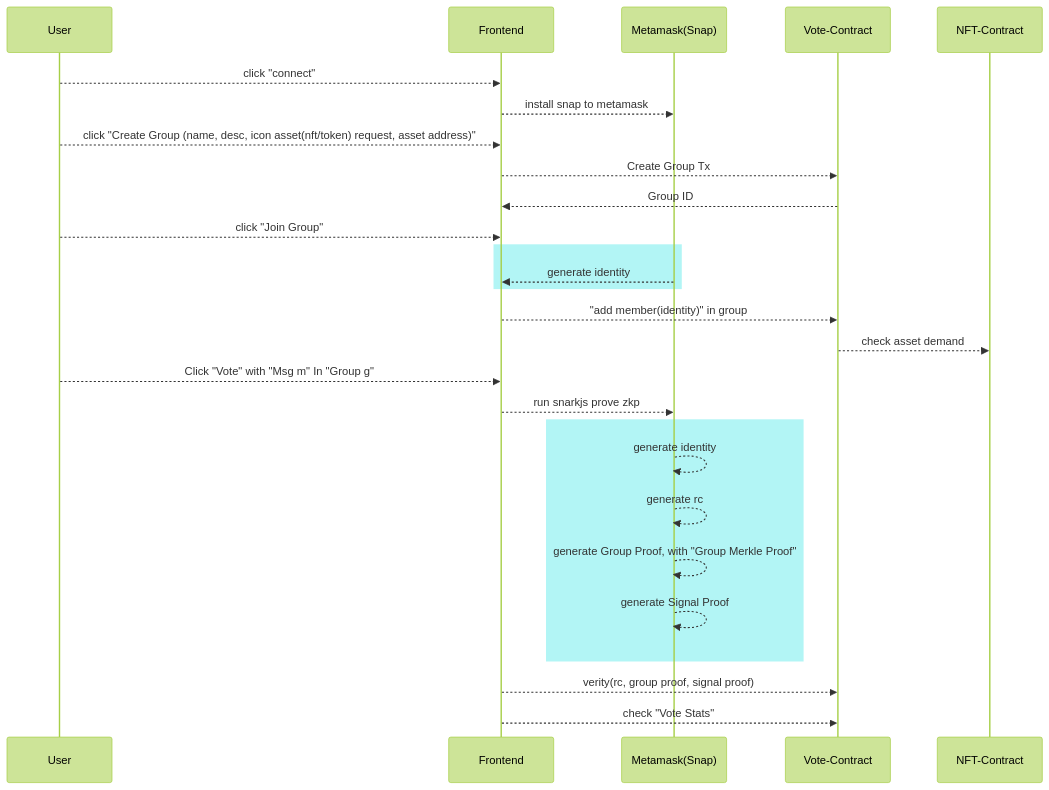
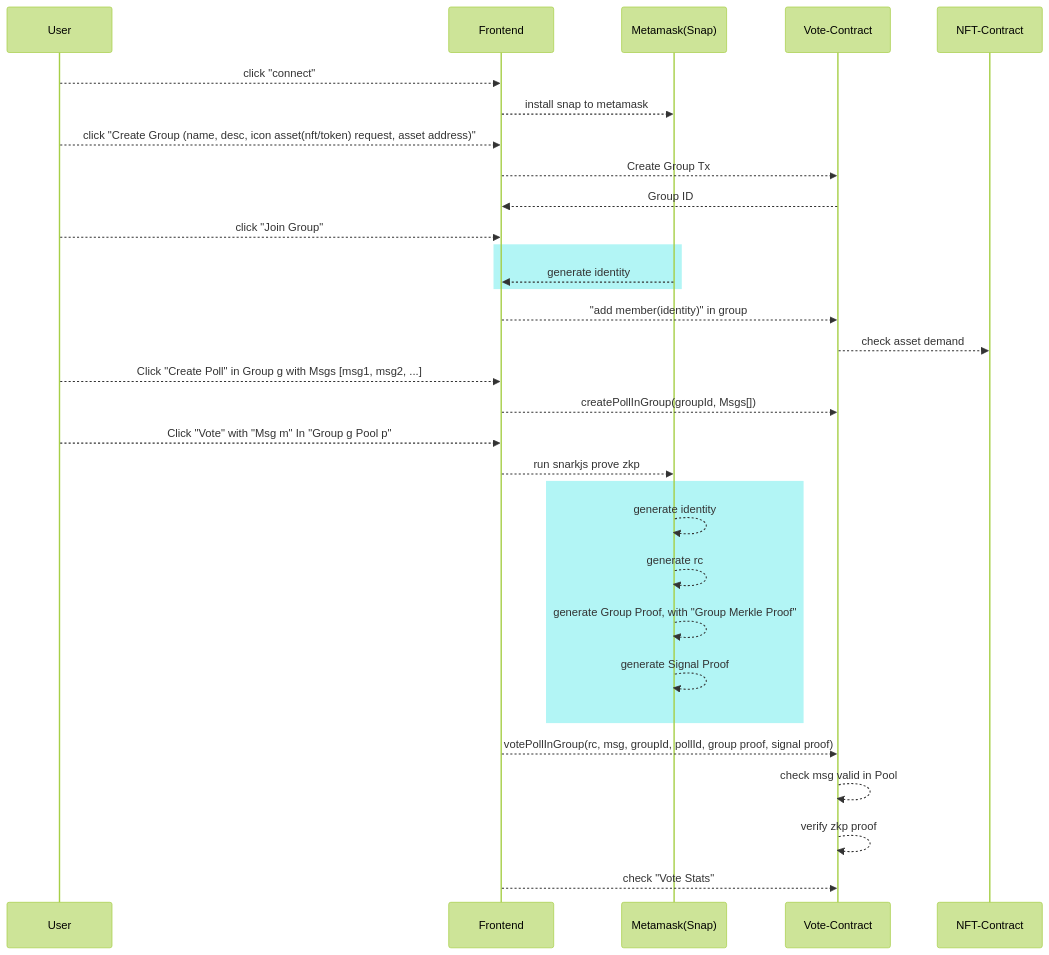
The diagram in README.md (samzkback/zkVote-web), drawn with Mermaid (forest theme) before and after one commit.

Commit message:
update WORKFLOW

````diff
--- a/README.md
+++ b/README.md
@@ -3,34 +3,39 @@
 ```mermaid
 sequenceDiagram
 	participant U 	as User
 	participant F 	as Frontend
 	participant M 	as Metamask(Snap)
 	participant VC 	as Vote-Contract
 	participant NC 	as NFT-Contract
 	
   U -->> F : click "connect"
   F -->> M : install snap to metamask
 
   U -->> F : click "Create Group (name, desc, icon asset(nft/token) request, asset address)"
   F -->> VC : Create Group Tx
   VC -->> F : Group ID
 
   U -->> F : click "Join Group"
 	rect rgba(0, 220, 220, .3)
     M -->> F : generate identity
   end
   F -->> VC : "add member(identity)" in group
   VC -->> NC : check asset demand
 
-  U -->> F : Click "Vote" with "Msg m" In "Group g"
+  U -->> F : Click "Create Poll" in Group g with Msgs [msg1, msg2, ...]
+  F -->> VC : createPollInGroup(groupId, Msgs[])
+
+  U -->> F : Click "Vote" with "Msg m" In "Group g Pool p"
   F -->> M : run snarkjs prove zkp
 	rect rgba(0, 220, 220, .3)
     M -->> M : generate identity
     M -->> M : generate rc
     M -->> M : generate Group Proof, with "Group Merkle Proof"
     M -->> M : generate Signal Proof 
   end
-  F -->> VC : verity(rc, group proof, signal proof)
+  F -->> VC : votePollInGroup(rc, msg, groupId, pollId, group proof, signal proof)
+  VC -->> VC : check msg valid in Pool
+  VC -->> VC : verify zkp proof
   F -->> VC : check "Vote Stats"
 
 ```
````
